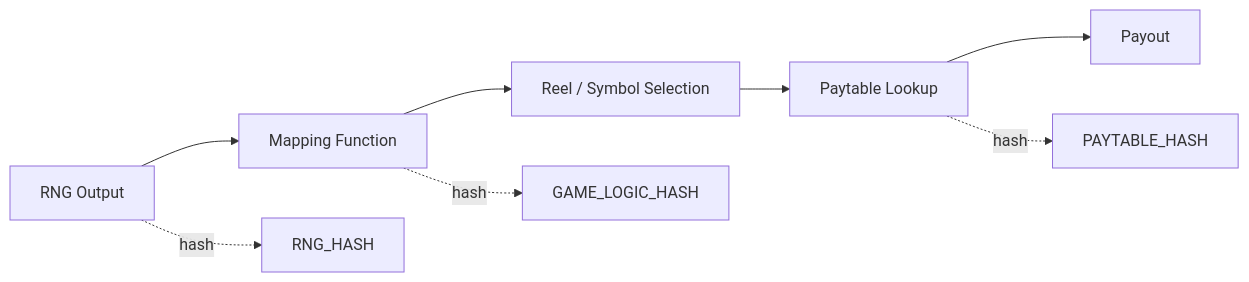
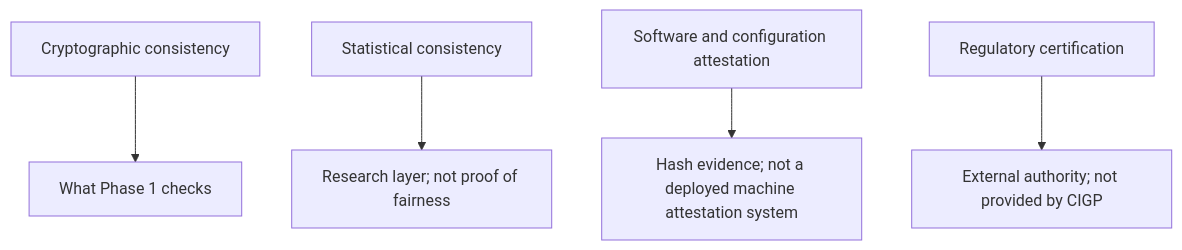
The fifth of 6 diagrams in README.md (Ciprian-LocalPulse/CIGP-Protocol), drawn with Mermaid before and after one commit. The commit also changed other lines of this file and 9 other files, not shown here.

````diff
--- a/README.md
+++ b/README.md
@@ -195,11 +126,7 @@
 ```mermaid
-flowchart LR
-    RNG[RNG Output] --> MAP[Mapping Function]
-    MAP --> REEL[Reel / Symbol Selection]
-    REEL --> PAY[Paytable Lookup]
-    PAY --> OUT[Payout]
-
-    RNG -.hash.-> H1[RNG_HASH]
-    MAP -.hash.-> H2[GAME_LOGIC_HASH]
-    PAY -.hash.-> H3[PAYTABLE_HASH]
+flowchart TB
+    P[Cryptographic consistency] --> L1[What Phase 1 checks]
+    S[Statistical consistency] --> L2[Research layer; not proof of fairness]
+    A[Software and configuration attestation] --> L3[Hash evidence; not a deployed machine attestation system]
+    R[Regulatory certification] --> L4[External authority; not provided by CIGP]
 ```
````
